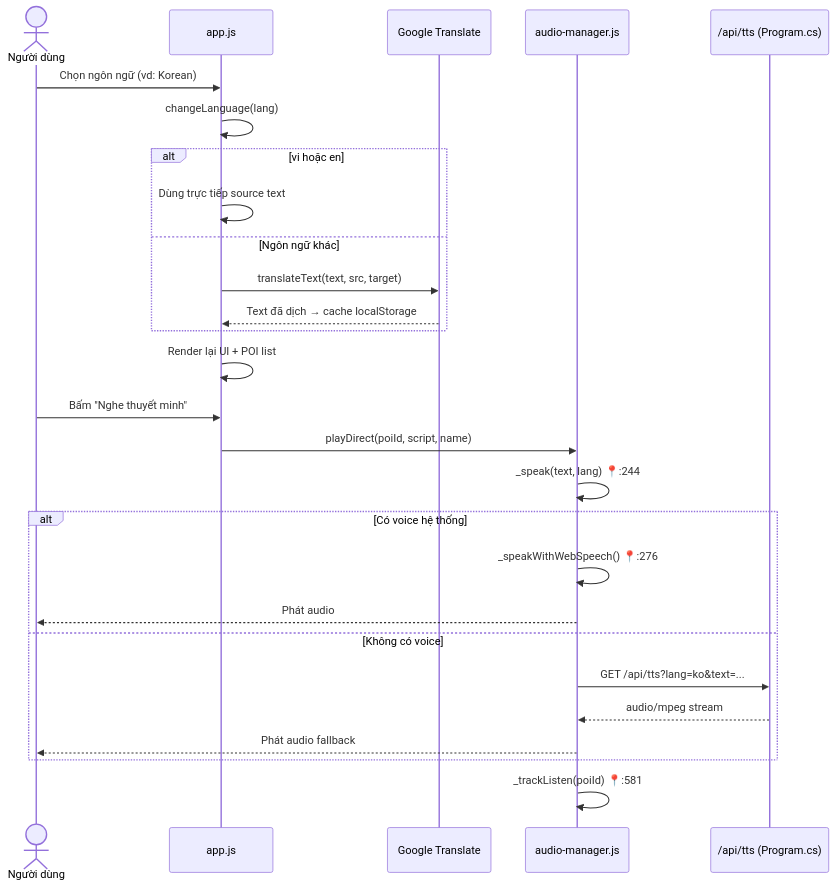
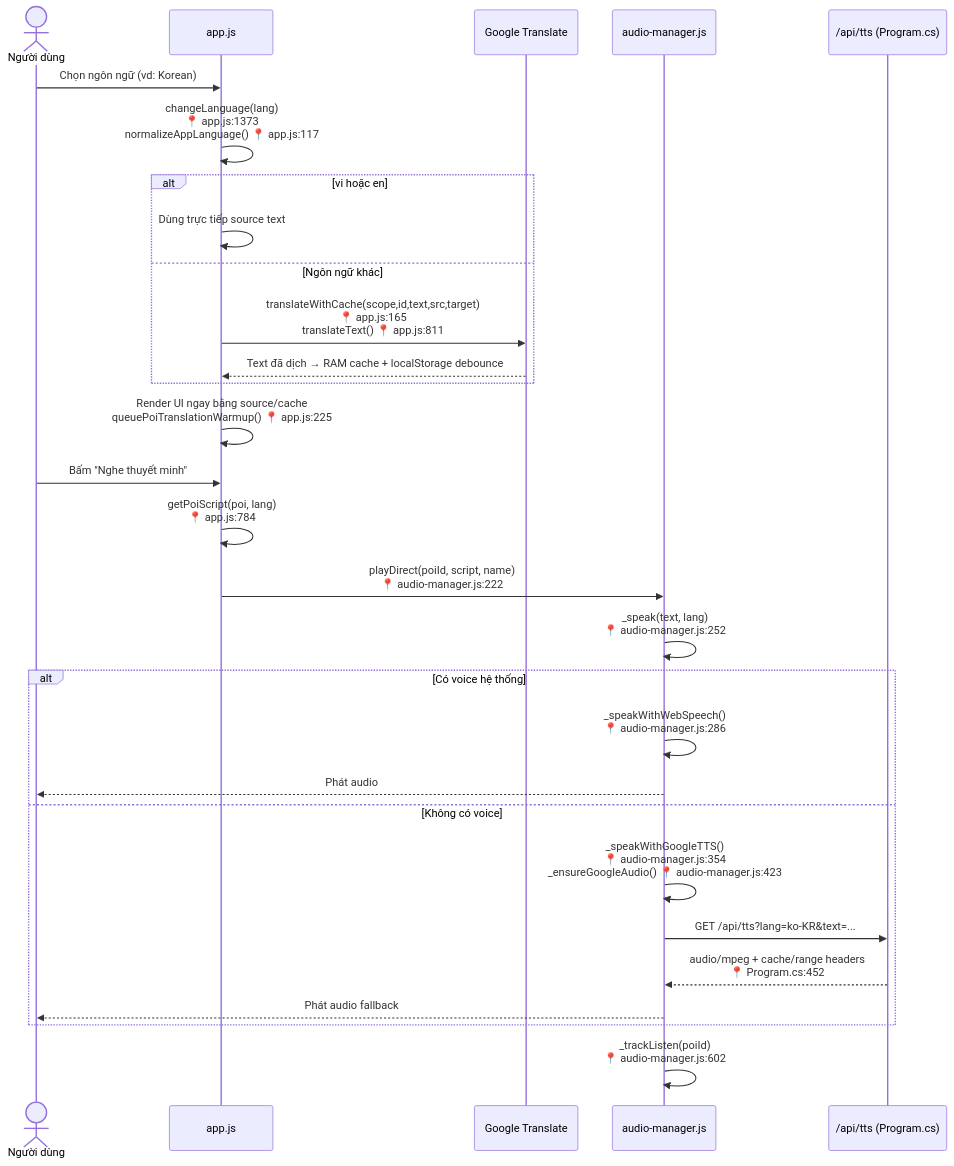
Before and after one commit to Hzyl/CShape: the third of 8 diagrams in PRD_VinhKhanh_Final2.md, drawn with Mermaid. The commit also changed other lines of this file and 27 other files, not shown here.

````diff
--- a/PRD_VinhKhanh_Final2.md
+++ b/PRD_VinhKhanh_Final2.md
@@ -224,34 +230,36 @@
 ```mermaid
 sequenceDiagram
     actor User as Người dùng
     participant App as app.js
     participant GTranslate as Google Translate
     participant TTS as audio-manager.js
     participant Proxy as /api/tts (Program.cs)
 
     User->>App: Chọn ngôn ngữ (vd: Korean)
-    App->>App: changeLanguage(lang)
+    App->>App: changeLanguage(lang)<br/>📍 app.js:1373<br/>normalizeAppLanguage() 📍 app.js:117
 
     alt vi hoặc en
         App->>App: Dùng trực tiếp source text
     else Ngôn ngữ khác
-        App->>GTranslate: translateText(text, src, target)
-        GTranslate-->>App: Text đã dịch → cache localStorage
+        App->>GTranslate: translateWithCache(scope,id,text,src,target)<br/>📍 app.js:165<br/>translateText() 📍 app.js:811
+        GTranslate-->>App: Text đã dịch → RAM cache + localStorage debounce
     end
 
-    App->>App: Render lại UI + POI list
+    App->>App: Render UI ngay bằng source/cache<br/>queuePoiTranslationWarmup() 📍 app.js:225
     User->>App: Bấm "Nghe thuyết minh"
-    App->>TTS: playDirect(poiId, script, name)
-    TTS->>TTS: _speak(text, lang) 📍:244
+    App->>App: getPoiScript(poi, lang)<br/>📍 app.js:784
+    App->>TTS: playDirect(poiId, script, name)<br/>📍 audio-manager.js:222
+    TTS->>TTS: _speak(text, lang)<br/>📍 audio-manager.js:252
 
     alt Có voice hệ thống
-        TTS->>TTS: _speakWithWebSpeech() 📍:276
+        TTS->>TTS: _speakWithWebSpeech()<br/>📍 audio-manager.js:286
         TTS-->>User: Phát audio
     else Không có voice
-        TTS->>Proxy: GET /api/tts?lang=ko&text=...
-        Proxy-->>TTS: audio/mpeg stream
+        TTS->>TTS: _speakWithGoogleTTS()<br/>📍 audio-manager.js:354<br/>_ensureGoogleAudio() 📍 audio-manager.js:423
+        TTS->>Proxy: GET /api/tts?lang=ko-KR&text=...
+        Proxy-->>TTS: audio/mpeg + cache/range headers<br/>📍 Program.cs:452
         TTS-->>User: Phát audio fallback
     end
 
-    TTS->>TTS: _trackListen(poiId) 📍:581
+    TTS->>TTS: _trackListen(poiId)<br/>📍 audio-manager.js:602
 ```
````
